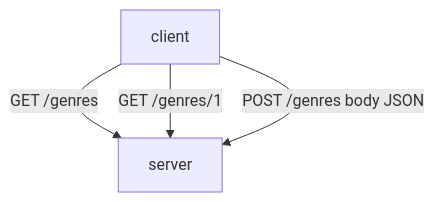
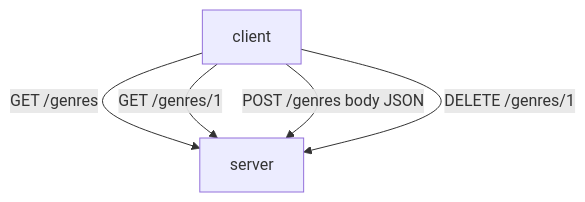
The fourth of 5 diagrams in README.md (wkktoria/Bookify), drawn with Mermaid before and after one commit. The commit also changed other lines of this file, not shown here.

Commit message:
Update diagrams in readme

````diff
--- a/README.md
+++ b/README.md
@@ -204,6 +205,7 @@
 ```mermaid
     flowchart TD
     client -->|GET /genres| server
     client -->|GET /genres/1| server
     client -->|POST /genres body JSON| server
+    client -->|DELETE /genres/1| server
 ```
````
